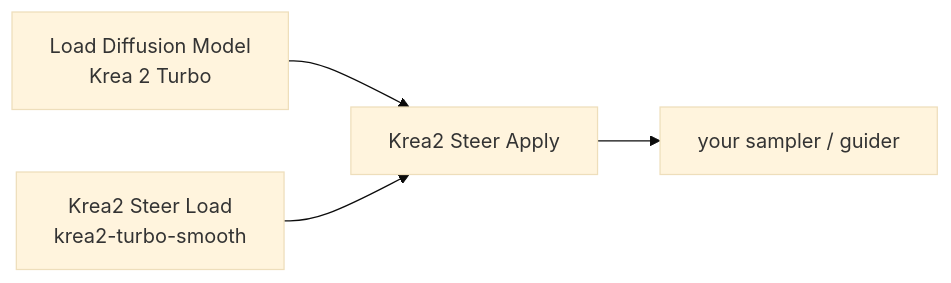
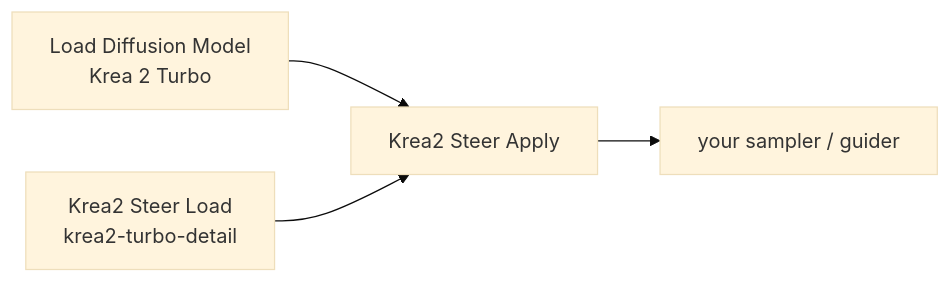
Before and after one commit to Atlas3DSS/ComfyUI-Krea2-Steer: the first of 2 diagrams in README.md, drawn with Mermaid (base theme). The commit also changed other lines of this file and 7 other files, not shown here.

````diff
--- a/README.md
+++ b/README.md
@@ -36,6 +36,6 @@
 ```mermaid
 flowchart LR
     U[Load Diffusion Model<br/>Krea 2 Turbo] --> A[Krea2 Steer Apply]
-    L[Krea2 Steer Load<br/>krea2-turbo-smooth] --> A
+    L[Krea2 Steer Load<br/>krea2-turbo-detail] --> A
     A --> G[your sampler / guider]
 ```
````
